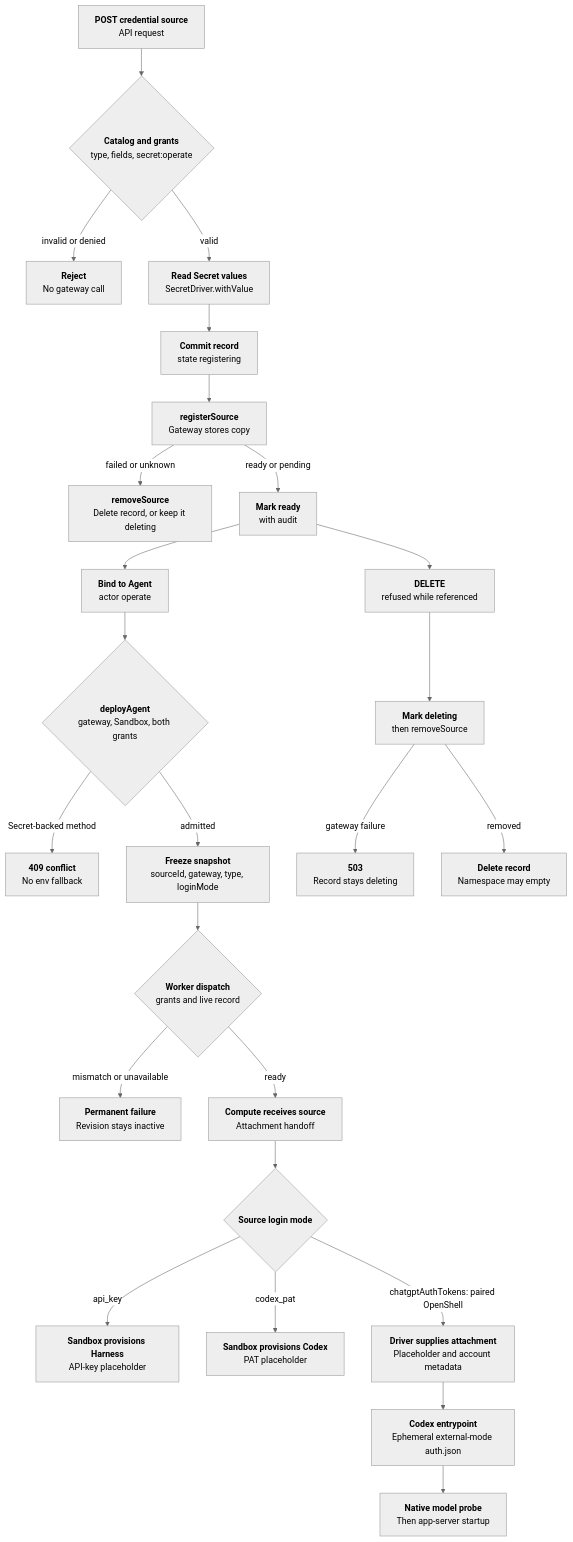
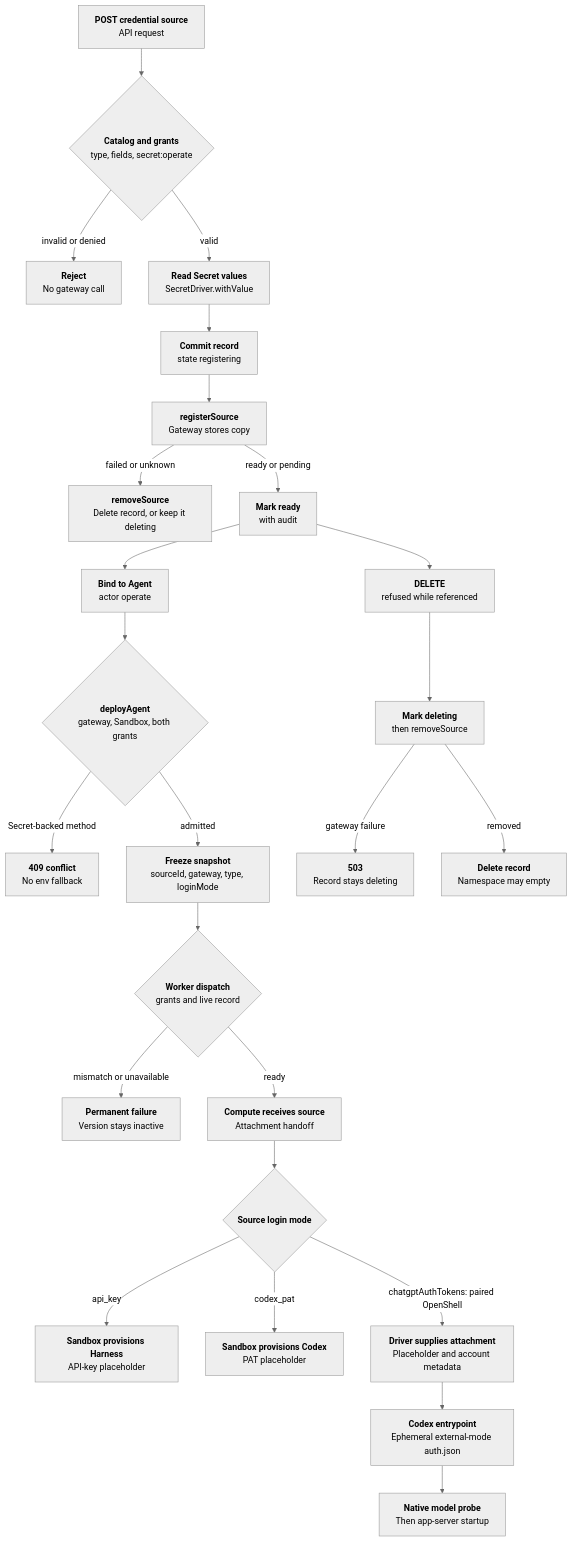
Before and after one commit to openclaw/openclaw-enterprise: the diagram in docs/flows/credential-source-lifecycle.md, drawn with Mermaid (neutral theme). The commit also changed other lines of this file and 198 other files, not shown here.

````diff
--- a/docs/flows/credential-source-lifecycle.md
+++ b/docs/flows/credential-source-lifecycle.md
@@ -29,27 +29,27 @@
 ```mermaid
 graph TD
   A["<b>POST credential source</b><br/>API request"] --> B{"<b>Catalog and grants</b><br/>type, fields, secret:operate"}
   B -- "invalid or denied" --> X["<b>Reject</b><br/>No gateway call"]
   B -- "valid" --> C["<b>Read Secret values</b><br/>SecretDriver.withValue"]
   C --> R["<b>Commit record</b><br/>state registering"]
   R --> D["<b>registerSource</b><br/>Gateway stores copy"]
   D -- "failed or unknown" --> Y["<b>removeSource</b><br/>Delete record, or keep it deleting"]
   D -- "ready or pending" --> E["<b>Mark ready</b><br/>with audit"]
   E --> F["<b>Bind to Agent</b><br/>actor operate"]
   F --> G{"<b>deployAgent</b><br/>gateway, Sandbox, both grants"}
   G -- "Secret-backed method" --> Z["<b>409 conflict</b><br/>No env fallback"]
   G -- "admitted" --> H["<b>Freeze snapshot</b><br/>sourceId, gateway, type, loginMode"]
   H --> I{"<b>Worker dispatch</b><br/>grants and live record"}
-  I -- "mismatch or unavailable" --> W["<b>Permanent failure</b><br/>Revision stays inactive"]
+  I -- "mismatch or unavailable" --> W["<b>Permanent failure</b><br/>Version stays inactive"]
   I -- "ready" --> J["<b>Compute receives source</b><br/>Attachment handoff"]
   J --> P{"<b>Source login mode</b>"}
   P -- "api_key" --> Q["<b>Sandbox provisions Harness</b><br/>API-key placeholder"]
   P -- "codex_pat" --> Q1["<b>Sandbox provisions Codex</b><br/>PAT placeholder"]
   P -- "chatgptAuthTokens: paired OpenShell" --> T["<b>Driver supplies attachment</b><br/>Placeholder and account metadata"]
   T --> U["<b>Codex entrypoint</b><br/>Ephemeral external-mode auth.json"]
   U --> V["<b>Native model probe</b><br/>Then app-server startup"]
   E --> K["<b>DELETE</b><br/>refused while referenced"]
   K --> L["<b>Mark deleting</b><br/>then removeSource"]
   L -- "gateway failure" --> M["<b>503</b><br/>Record stays deleting"]
   L -- "removed" --> N["<b>Delete record</b><br/>Namespace may empty"]
 ```
````
